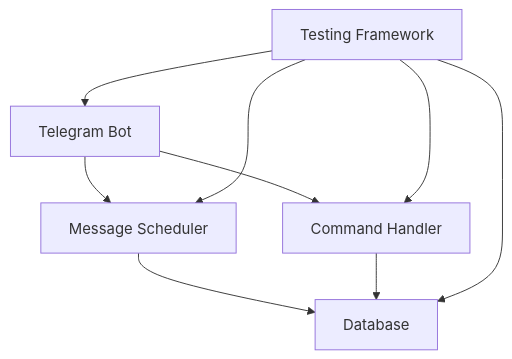
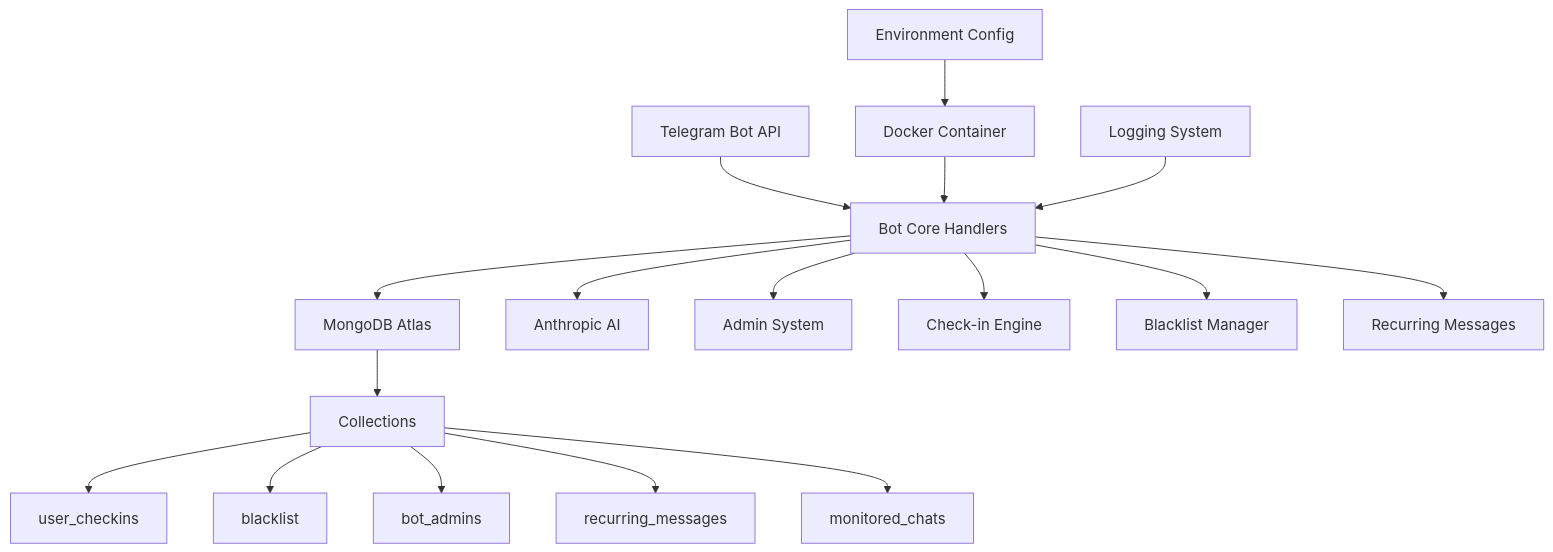
The diagram in memory-bank/systemPatterns.md (ard-guilherme/bro-bot), drawn with Mermaid before and after one commit. The commit also changed other lines of this file and 29 other files, not shown here.

Commit message:
🚀 PRODUCTION DEPLOYMENT COMPLETE - Memory Bank & Documentation Update - Bot running 24/7 in production with MongoDB Atlas, Docker deployment, all features operational, Memory Bank and README updated with production status

````diff
--- a/memory-bank/systemPatterns.md
+++ b/memory-bank/systemPatterns.md
@@ -26,11 +44,21 @@
 ```mermaid
 graph TD
-    A[Telegram Bot] --> B[Message Scheduler]
-    A --> C[Command Handler]
-    B --> D[Database]
-    C --> D
-    E[Testing Framework] --> A
-    E --> B
-    E --> C
-    E --> D
+    A[Telegram Bot API] --> B[Bot Core Handlers]
+    B --> C[MongoDB Atlas]
+    B --> D[Anthropic AI]
+    B --> E[Admin System]
+    B --> F[Check-in Engine]
+    B --> G[Blacklist Manager]
+    B --> H[Recurring Messages]
+    
+    C --> I[Collections]
+    I --> J[user_checkins]
+    I --> K[blacklist]
+    I --> L[bot_admins]
+    I --> M[recurring_messages]
+    I --> N[monitored_chats]
+    
+    O[Docker Container] --> B
+    P[Environment Config] --> O
+    Q[Logging System] --> B
 ```
````
